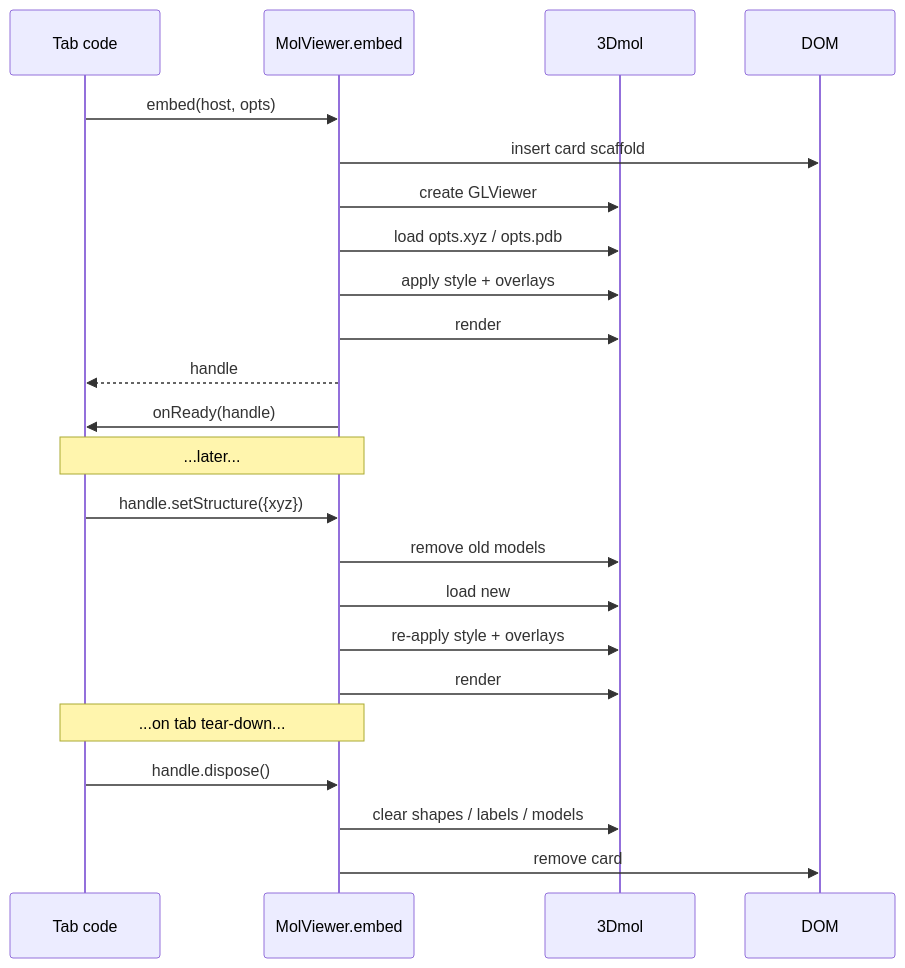
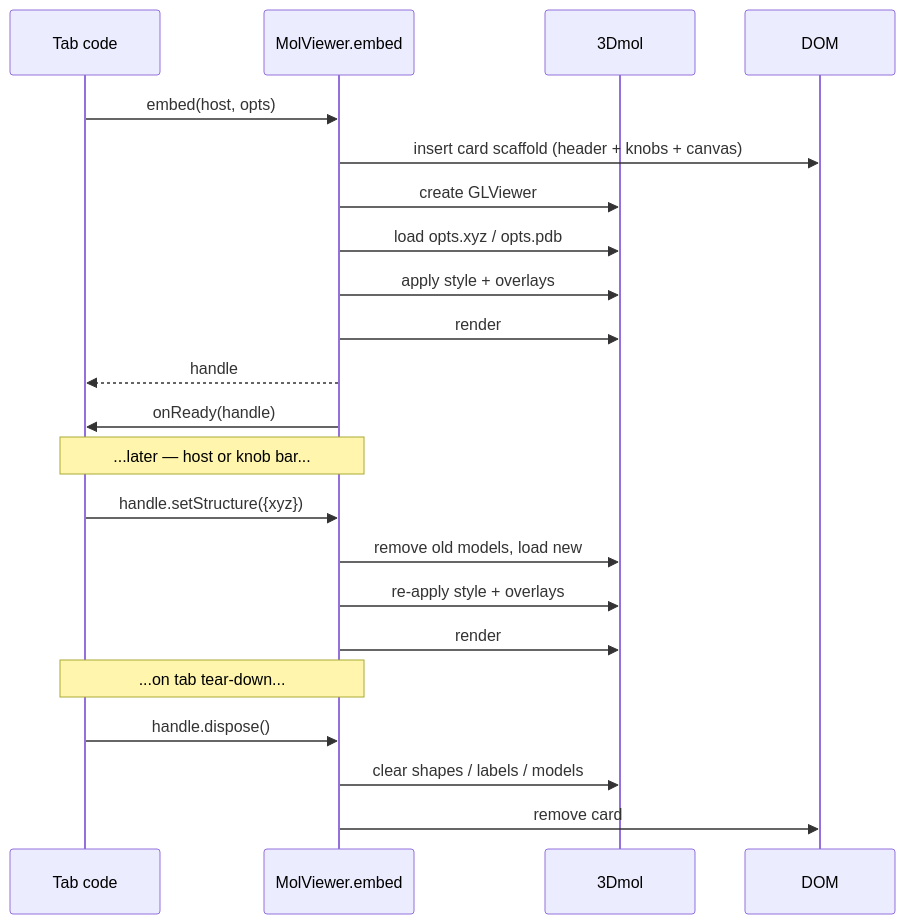
One commit to Qing-LAB/molbuilder changed the diagram in docs/protocols/embedded-viewer.md. Above: the diagram before and after it, drawn with Mermaid. The commit also changed other lines of this file, not shown here.

````diff
--- a/docs/protocols/embedded-viewer.md
+++ b/docs/protocols/embedded-viewer.md
@@ -309,30 +540,29 @@
 ```mermaid
 sequenceDiagram
     participant Tab as Tab code
     participant Embed as MolViewer.embed
     participant TDmol as 3Dmol
     participant DOM
 
     Tab->>Embed: embed(host, opts)
-    Embed->>DOM: insert card scaffold
+    Embed->>DOM: insert card scaffold (header + knobs + canvas)
     Embed->>TDmol: create GLViewer
     Embed->>TDmol: load opts.xyz / opts.pdb
     Embed->>TDmol: apply style + overlays
     Embed->>TDmol: render
     Embed-->>Tab: handle
     Embed->>Tab: onReady(handle)
 
-    Note over Tab,Embed: ...later...
+    Note over Tab,Embed: ...later — host or knob bar...
 
     Tab->>Embed: handle.setStructure({xyz})
-    Embed->>TDmol: remove old models
-    Embed->>TDmol: load new
+    Embed->>TDmol: remove old models, load new
     Embed->>TDmol: re-apply style + overlays
     Embed->>TDmol: render
 
     Note over Tab,Embed: ...on tab tear-down...
 
     Tab->>Embed: handle.dispose()
     Embed->>TDmol: clear shapes / labels / models
     Embed->>DOM: remove card
 ```
````
